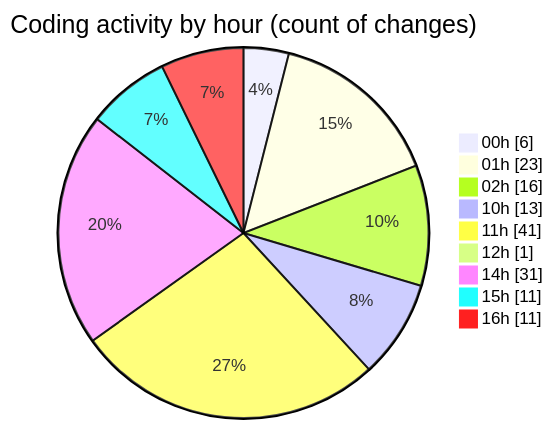
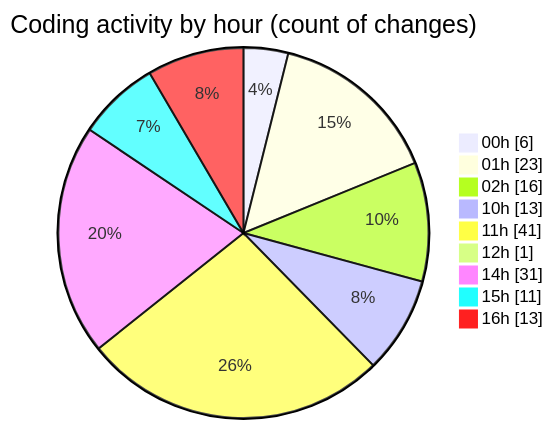
Before and after one commit to julien-gomy/code-tracking: the second of 2 diagrams in 2025-11-08/eventscop-frontend-guide__workspace_/README.md, drawn with Mermaid. The commit also changed other lines of this file and 1 other file, not shown here.

````diff
--- a/2025-11-08/eventscop-frontend-guide__workspace_/README.md
+++ b/2025-11-08/eventscop-frontend-guide__workspace_/README.md
@@ -73,13 +73,13 @@
 ```mermaid
 pie showData
 title Coding activity by hour (count of changes)
 "00h" : 6
 "01h" : 23
 "02h" : 16
 "10h" : 13
 "11h" : 41
 "12h" : 1
 "14h" : 31
 "15h" : 11
-"16h" : 11
+"16h" : 13
 ```
````
